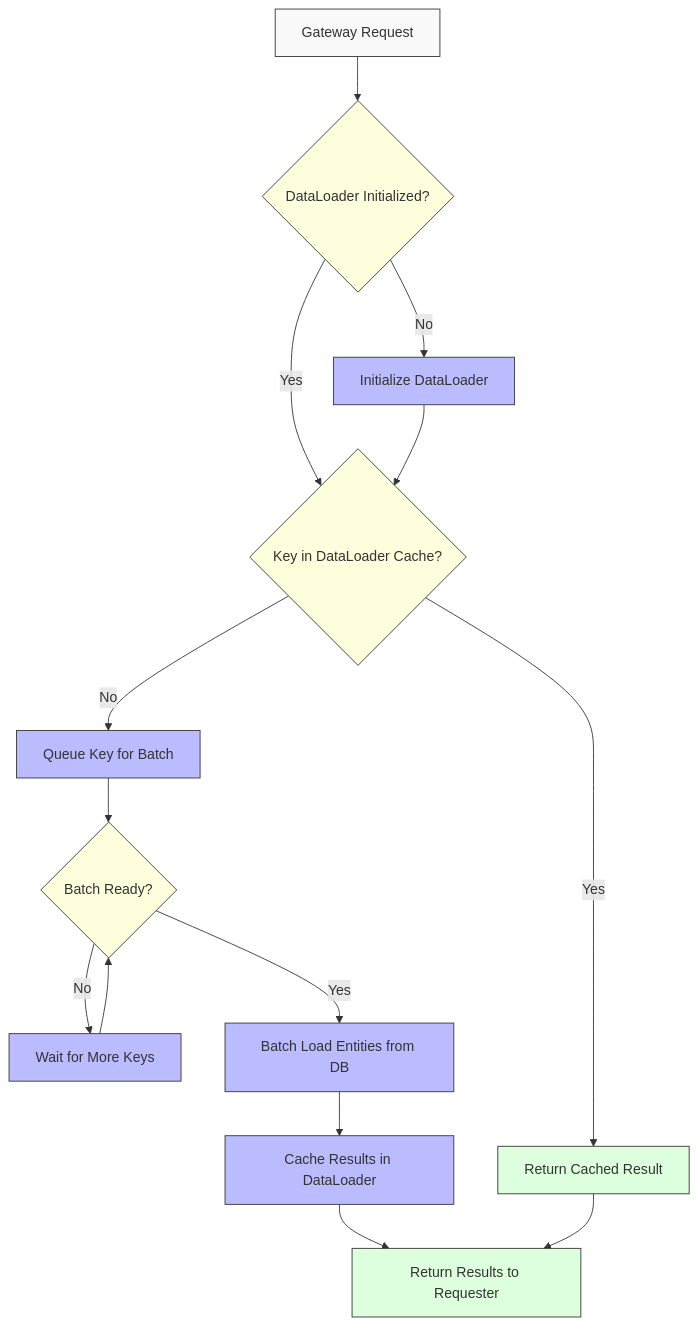
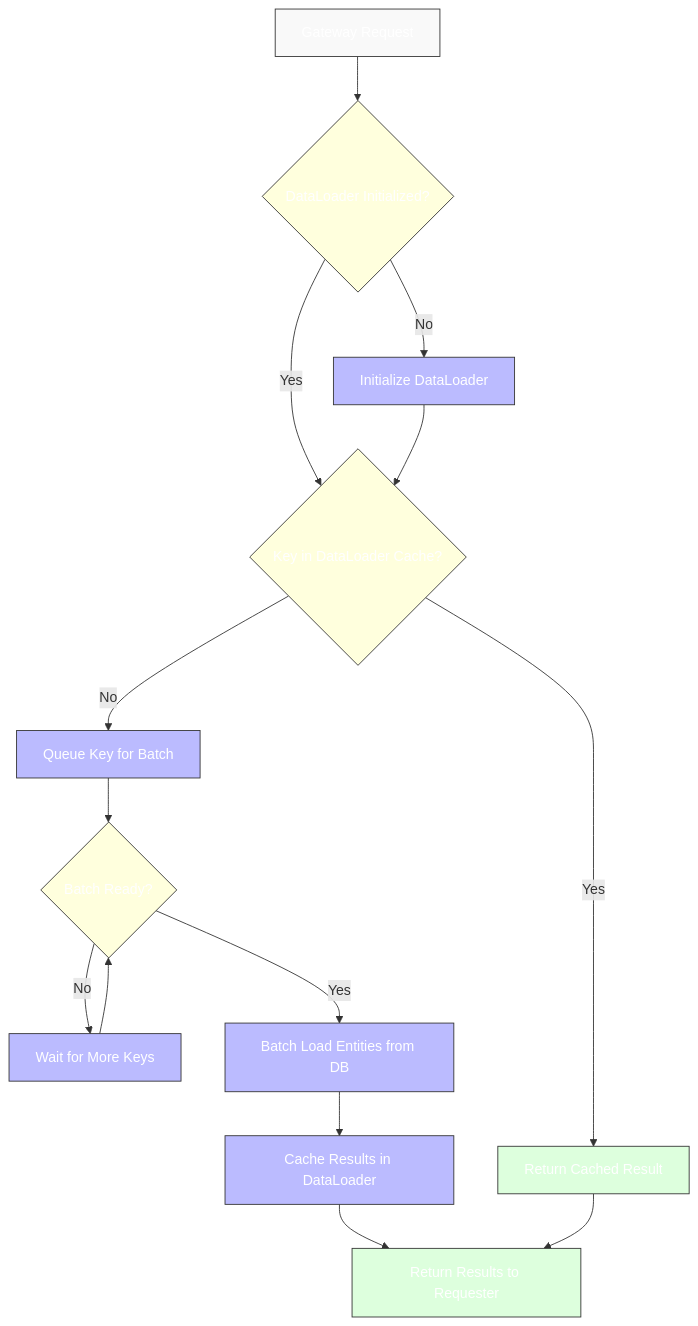
The second of 3 diagrams in docs/tdd/lld.md (vinodhj/graphql-gateway-microservices), drawn with Mermaid before and after one commit.

Commit message:
diagram color fix v2

````diff
--- a/docs/tdd/lld.md
+++ b/docs/tdd/lld.md
@@ -152,26 +152,26 @@
 ```mermaid
 flowchart TD
     A[Gateway Request] --> B{DataLoader Initialized?}
     B -- No --> C[Initialize DataLoader]
     B -- Yes --> D{Key in DataLoader Cache?}
     C --> D
     D -- Yes --> E[Return Cached Result]
     D -- No --> F[Queue Key for Batch]
     F --> G{Batch Ready?}
     G -- No --> H[Wait for More Keys]
     G -- Yes --> I[Batch Load Entities from DB]
     H --> G
     I --> J[Cache Results in DataLoader]
     J --> K[Return Results to Requester]
     E --> K
 
-    classDef start fill:#f9f9f9,stroke:#333,stroke-width:1px
-    classDef process fill:#bbf,stroke:#333,stroke-width:1px
-    classDef decision fill:#ffd,stroke:#333,stroke-width:1px
-    classDef endNode fill:#dfd,stroke:#333,stroke-width:1px
+    classDef start fill:#f9f9f9,stroke:#333,stroke-width:1px,color:#fff
+    classDef process fill:#bbf,stroke:#333,stroke-width:1px,color:#fff
+    classDef decision fill:#ffd,stroke:#333,stroke-width:1px,color:#fff
+    classDef endNode fill:#dfd,stroke:#333,stroke-width:1px,color:#fff
 
     class A start
     class B,D,G decision
     class C,F,H,I,J process
     class E,K endNode
 ```
````
